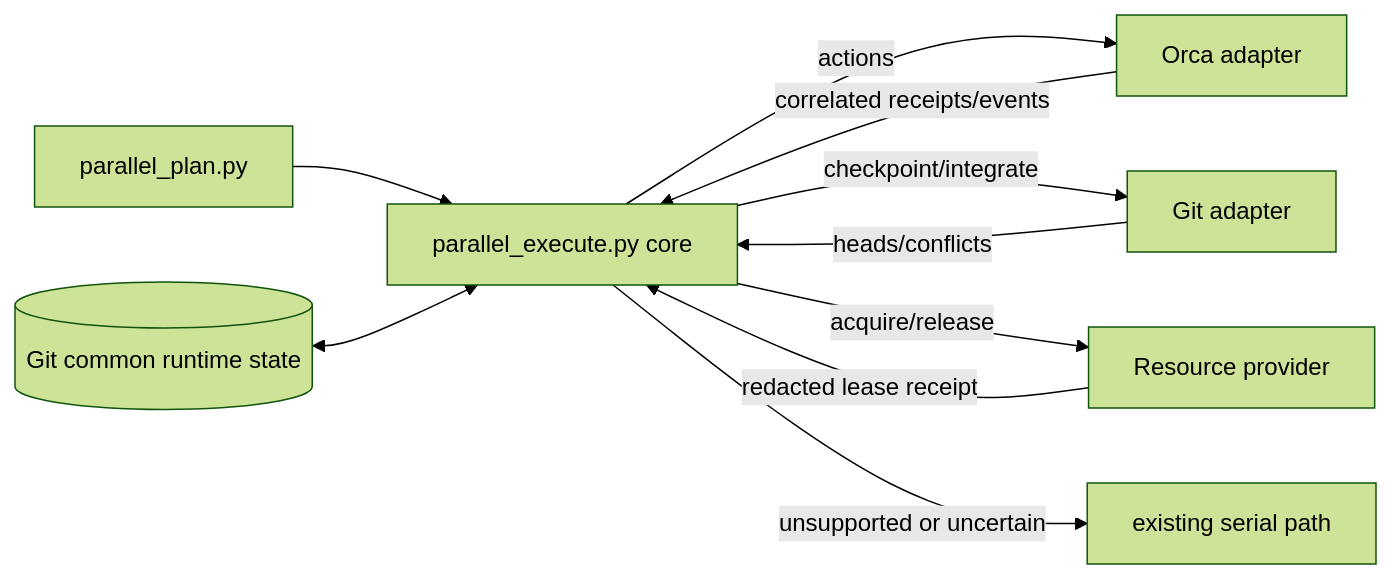
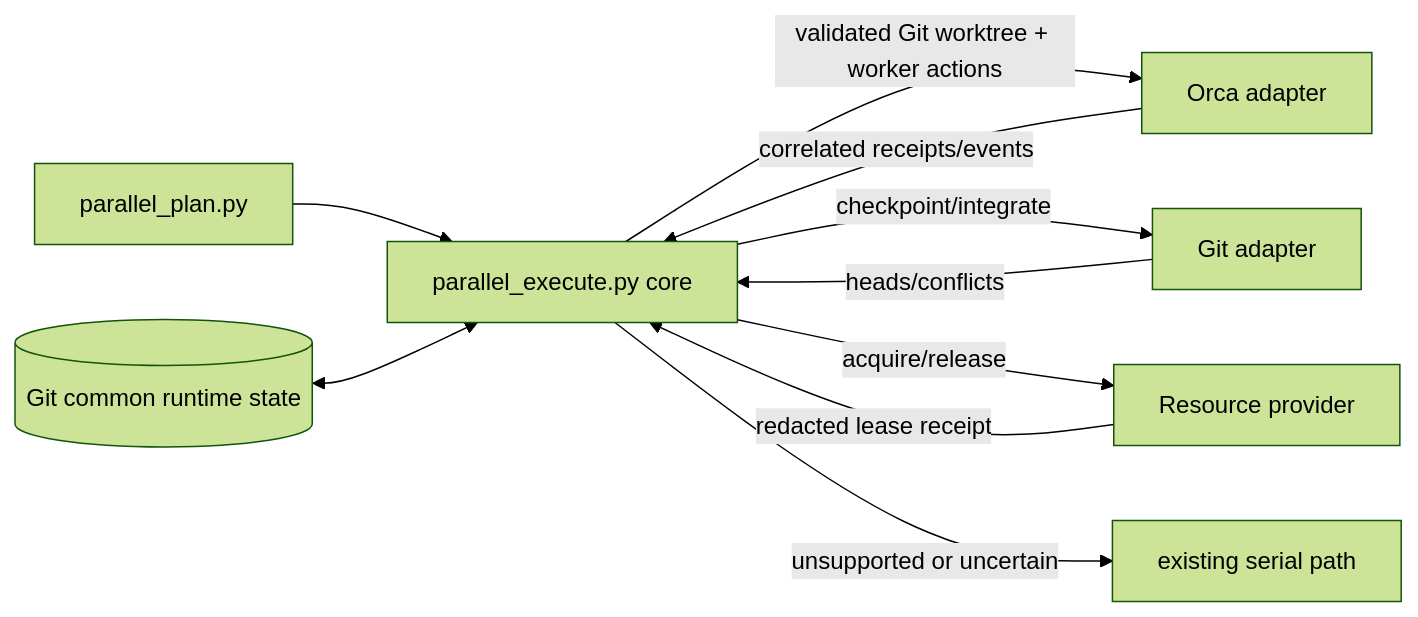
One commit to antoniofulg/my-workflow changed the diagram in .specs/features/parallel-slice-executor/design.md. Above: the diagram before and after it, drawn with Mermaid (forest theme). The commit also changed other lines of this file and 12 other files, not shown here.

````diff
--- a/.specs/features/parallel-slice-executor/design.md
+++ b/.specs/features/parallel-slice-executor/design.md
@@ -13,12 +13,12 @@
 ```mermaid
 flowchart LR
     P[parallel_plan.py] --> C[parallel_execute.py core]
     S[(Git common runtime state)] <--> C
-    C -->|actions| O[Orca adapter]
+    C -->|validated Git worktree + worker actions| O[Orca adapter]
     C -->|checkpoint/integrate| G[Git adapter]
     C -->|acquire/release| R[Resource provider]
     O -->|correlated receipts/events| C
     G -->|heads/conflicts| C
     R -->|redacted lease receipt| C
     C -->|unsupported or uncertain| F[existing serial path]
 ```
````
